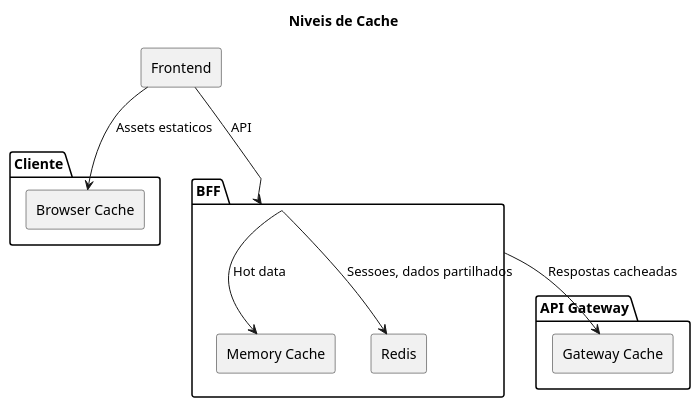
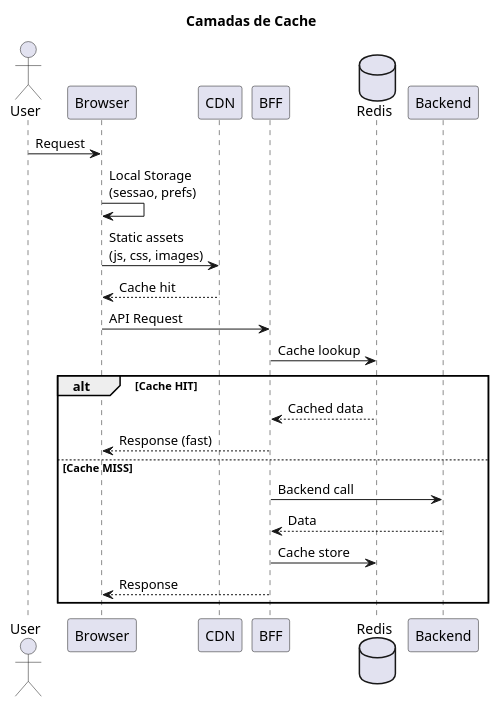
Before and after one commit to beduardo/novobanco_website_doc: the second of 3 diagrams in current/sections/SEC-12-desempenho-fiabilidade.md, drawn with PlantUML. The commit also changed other lines of this file and 17 other files, not shown here.

````diff
--- a/current/sections/SEC-12-desempenho-fiabilidade.md
+++ b/current/sections/SEC-12-desempenho-fiabilidade.md
@@ -51,28 +91,32 @@
 ```plantuml
 @startuml
-skinparam componentStyle rectangle
 skinparam backgroundColor white
 
-title Niveis de Cache
+title Camadas de Cache
 
-package "Cliente" {
-  [Browser Cache] as BC
-}
+actor User
+participant "Browser" as browser
+participant "CDN" as cdn
+participant "BFF" as bff
+database "Redis" as redis
+participant "Backend" as api
 
-package "BFF" {
-  [Memory Cache] as MC
-  [Redis] as RC
-}
+User -> browser : Request
+browser -> browser : Local Storage\n(sessao, prefs)
+browser -> cdn : Static assets\n(js, css, images)
+cdn --> browser : Cache hit
 
-package "API Gateway" {
-  [Gateway Cache] as GC
-}
-
-[Frontend] --> BC : Assets estaticos
-[Frontend] --> [BFF] : API
-[BFF] --> MC : Hot data
-[BFF] --> RC : Sessoes, dados partilhados
-[BFF] --> GC : Respostas cacheadas
+browser -> bff : API Request
+bff -> redis : Cache lookup
+alt Cache HIT
+    redis --> bff : Cached data
+    bff --> browser : Response (fast)
+else Cache MISS
+    bff -> api : Backend call
+    api --> bff : Data
+    bff -> redis : Cache store
+    bff --> browser : Response
+end
 
 @enduml
 ```
````
